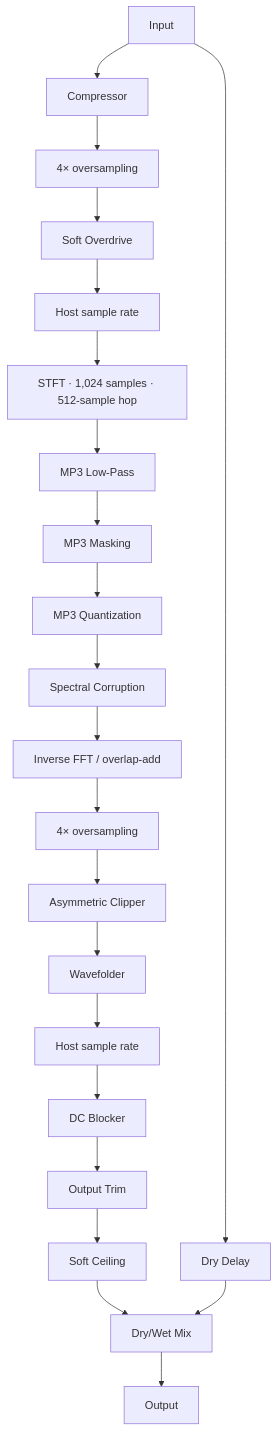
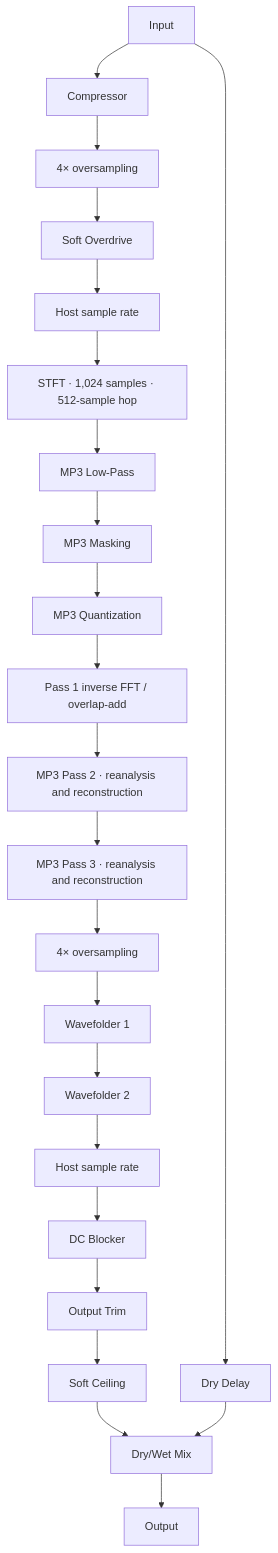
One commit to apdfilth/filth changed the diagram in docs/signal-flow.md. Above: the diagram before and after it, drawn with Mermaid. The commit also changed other lines of this file and 9 other files, not shown here.

````diff
--- a/docs/signal-flow.md
+++ b/docs/signal-flow.md
@@ -3,24 +3,25 @@
 ```mermaid
 flowchart TD
     I["Input"] --> C["Compressor"]
     I --> DD["Dry Delay"]
     C --> OS1["4× oversampling"]
     OS1 --> OD["Soft Overdrive"]
     OD --> DS1["Host sample rate"]
     DS1 --> FFT["STFT · 1,024 samples · 512-sample hop"]
     FFT --> LP["MP3 Low-Pass"]
     LP --> MS["MP3 Masking"]
     MS --> Q["MP3 Quantization"]
-    Q --> SC["Spectral Corruption"]
-    SC --> IFFT["Inverse FFT / overlap-add"]
-    IFFT --> OS2["4× oversampling"]
-    OS2 --> AC["Asymmetric Clipper"]
-    AC --> WF["Wavefolder"]
+    Q --> IFFT["Pass 1 inverse FFT / overlap-add"]
+    IFFT --> P2["MP3 Pass 2 · reanalysis and reconstruction"]
+    P2 --> P3["MP3 Pass 3 · reanalysis and reconstruction"]
+    P3 --> OS2["4× oversampling"]
+    OS2 --> AC["Wavefolder 1"]
+    AC --> WF["Wavefolder 2"]
     WF --> DS2["Host sample rate"]
     DS2 --> DC["DC Blocker"]
     DC --> T["Output Trim"]
     T --> S["Soft Ceiling"]
     S --> M["Dry/Wet Mix"]
     DD --> M
     M --> O["Output"]
 ```
````
